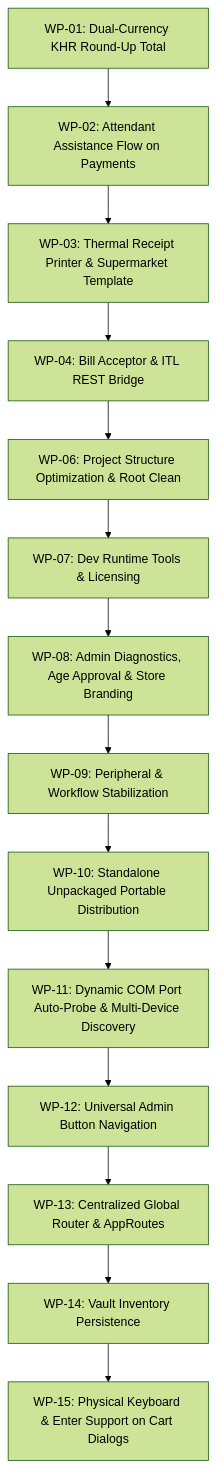
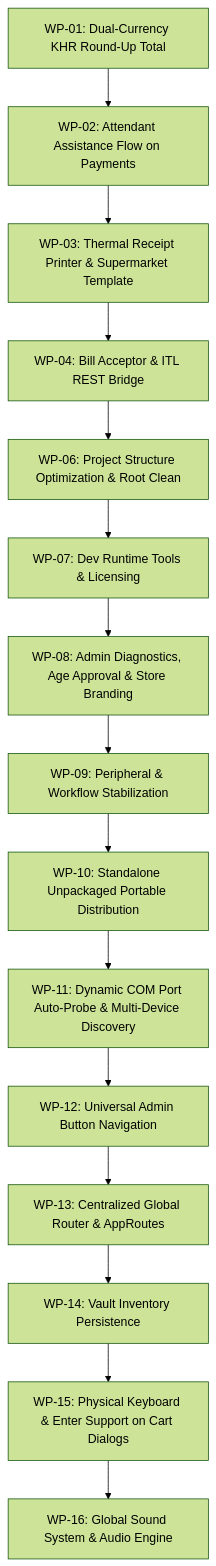
Before and after one commit to Thylyyong/testingCashRecycling: the diagram in ENGINEERING_TASKS.md, drawn with Mermaid (forest theme). The commit also changed other lines of this file and 27 other files, not shown here.

Commit message:
feat(audio): implement global sound engine, audio triggers, and 1-click distribution packaging script

````diff
--- a/ENGINEERING_TASKS.md
+++ b/ENGINEERING_TASKS.md
@@ -293,16 +321,17 @@
 ```mermaid
 graph TD
     A["WP-01: Dual-Currency KHR Round-Up Total"] --> B["WP-02: Attendant Assistance Flow on Payments"]
     B --> C["WP-03: Thermal Receipt Printer & Supermarket Template"]
     C --> D["WP-04: Bill Acceptor & ITL REST Bridge"]
     D --> E["WP-06: Project Structure Optimization & Root Clean"]
     E --> F["WP-07: Dev Runtime Tools & Licensing"]
     F --> G["WP-08: Admin Diagnostics, Age Approval & Store Branding"]
     G --> H["WP-09: Peripheral & Workflow Stabilization"]
     H --> I["WP-10: Standalone Unpackaged Portable Distribution"]
     I --> J["WP-11: Dynamic COM Port Auto-Probe & Multi-Device Discovery"]
     J --> K["WP-12: Universal Admin Button Navigation"]
     K --> L["WP-13: Centralized Global Router & AppRoutes"]
     L --> M["WP-14: Vault Inventory Persistence"]
     M --> N["WP-15: Physical Keyboard & Enter Support on Cart Dialogs"]
+    N --> O["WP-16: Global Sound System & Audio Engine"]
 ```
````
